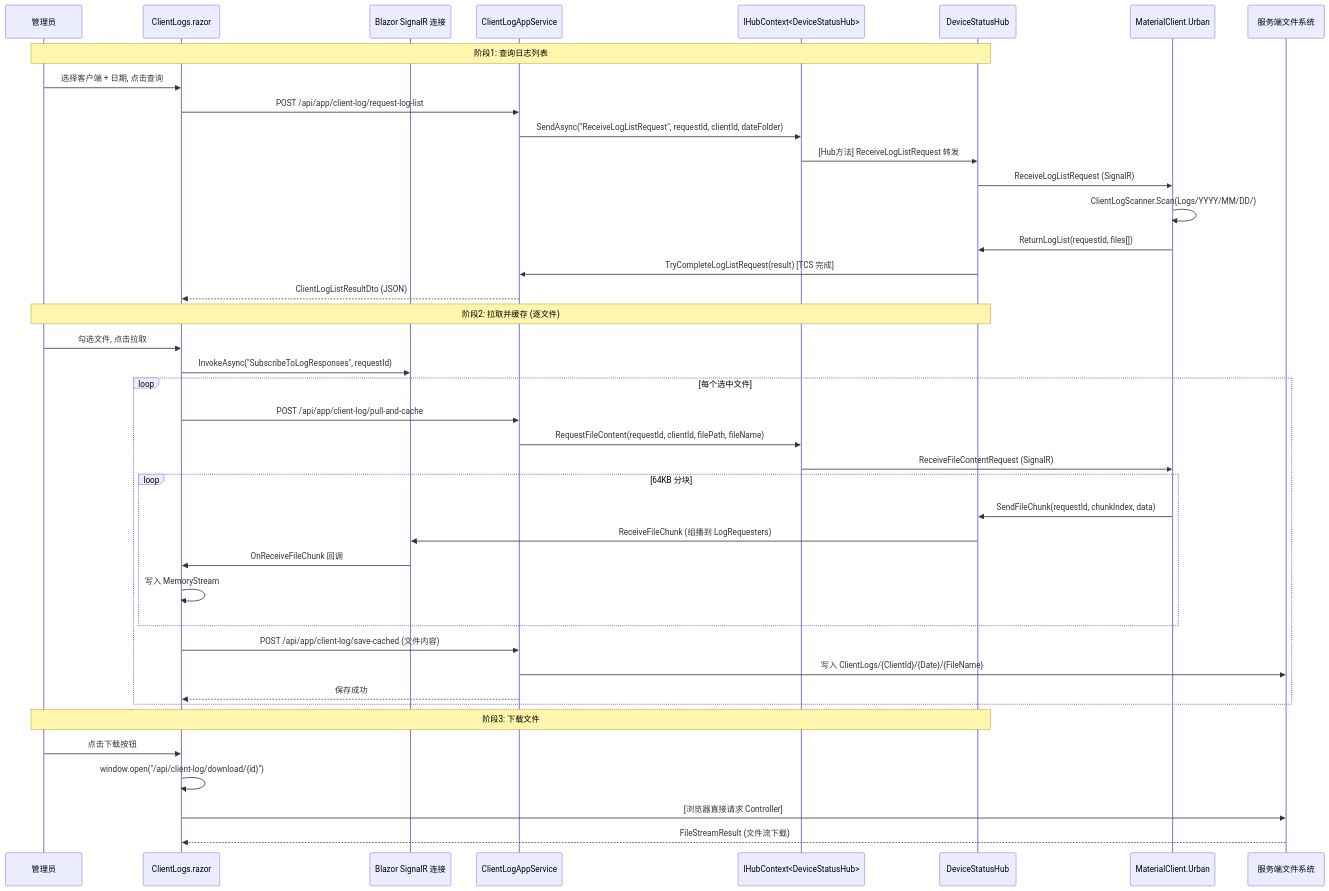
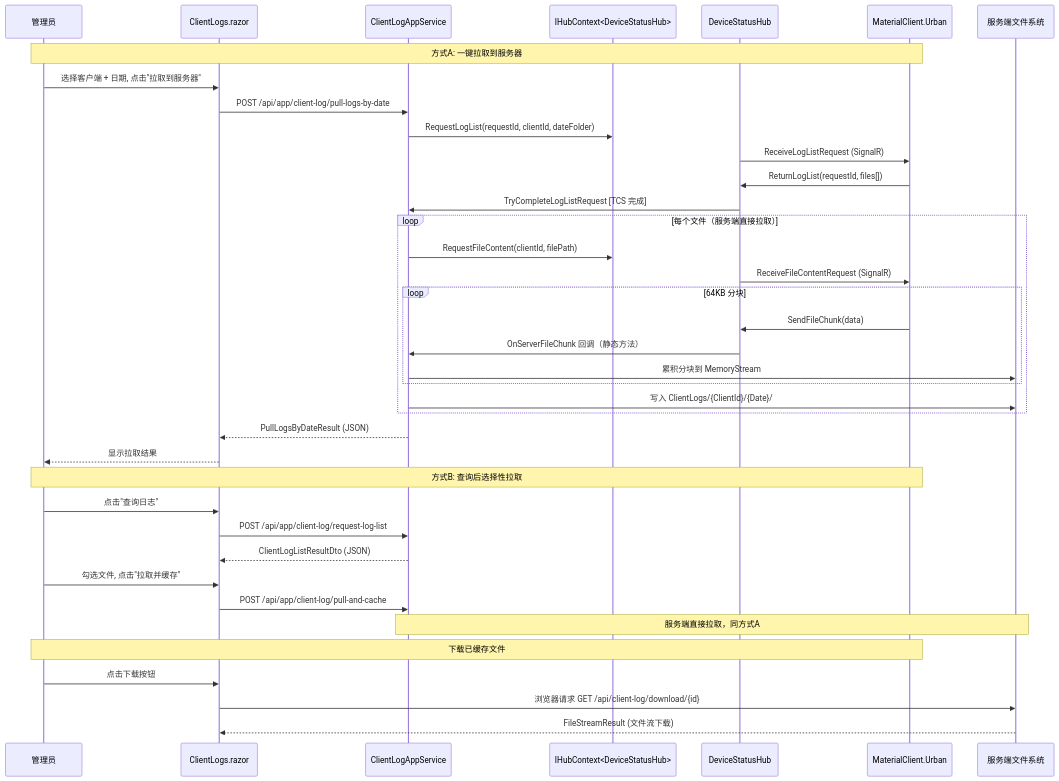
One commit to feewillowherb/MaterialMonospec changed the first of 2 diagrams in openspec/changes/urbanmanagement-log-view-enhancement/design.md. Above: the diagram before and after it, drawn with Mermaid. The commit also changed other lines of this file and 4 other files, not shown here.

First line of the commit message:
docs(openspec): document server-side pull architecture refactor

````diff
--- a/openspec/changes/urbanmanagement-log-view-enhancement/design.md
+++ b/openspec/changes/urbanmanagement-log-view-enhancement/design.md
@@ -161,49 +159,46 @@
 ```mermaid
 sequenceDiagram
     participant Admin as 管理员
     participant Razor as ClientLogs.razor
-    participant HubConn as Blazor SignalR 连接
     participant API as ClientLogAppService
     participant HubCtx as IHubContext<DeviceStatusHub>
     participant Hub as DeviceStatusHub
     participant Client as MaterialClient.Urban
     participant FS as 服务端文件系统
 
-    Note over Admin,Hub: 阶段1: 查询日志列表
+    Note over Admin,Client: 方式A: 一键拉取到服务器
 
-    Admin->>Razor: 选择客户端 + 日期, 点击查询
+    Admin->>Razor: 选择客户端 + 日期, 点击"拉取到服务器"
+    Razor->>API: POST /api/app/client-log/pull-logs-by-date
+    API->>HubCtx: RequestLogList(requestId, clientId, dateFolder)
+    Hub->>Client: ReceiveLogListRequest (SignalR)
+    Client->>Hub: ReturnLogList(requestId, files[])
+    Hub->>API: TryCompleteLogListRequest [TCS 完成]
+    loop 每个文件（服务端直接拉取）
+        API->>HubCtx: RequestFileContent(clientId, filePath)
+        Hub->>Client: ReceiveFileContentRequest (SignalR)
+        loop 64KB 分块
+            Client->>Hub: SendFileChunk(data)
+            Hub->>API: OnServerFileChunk 回调（静态方法）
+            API->>FS: 累积分块到 MemoryStream
+        end
+        API->>FS: 写入 ClientLogs/{ClientId}/{Date}/
+    end
+    API-->>Razor: PullLogsByDateResult (JSON)
+    Razor-->>Admin: 显示拉取结果
+
+    Note over Admin,Client: 方式B: 查询后选择性拉取
+
+    Admin->>Razor: 点击"查询日志"
     Razor->>API: POST /api/app/client-log/request-log-list
-    API->>HubCtx: SendAsync("ReceiveLogListRequest", requestId, clientId, dateFolder)
-    HubCtx->>Hub: [Hub方法] ReceiveLogListRequest 转发
-    Hub->>Client: ReceiveLogListRequest (SignalR)
-    Client->>Client: ClientLogScanner.Scan(Logs/YYYY/MM/DD/)
-    Client->>Hub: ReturnLogList(requestId, files[])
-    Hub->>API: TryCompleteLogListRequest(result) [TCS 完成]
     API-->>Razor: ClientLogListResultDto (JSON)
+    Admin->>Razor: 勾选文件, 点击"拉取并缓存"
+    Razor->>API: POST /api/app/client-log/pull-and-cache
+    Note over API,FS: 服务端直接拉取，同方式A
 
-    Note over Admin,Hub: 阶段2: 拉取并缓存 (逐文件)
-
-    Admin->>Razor: 勾选文件, 点击拉取
-    Razor->>HubConn: InvokeAsync("SubscribeToLogResponses", requestId)
-    loop 每个选中文件
-        Razor->>API: POST /api/app/client-log/pull-and-cache
-        API->>HubCtx: RequestFileContent(requestId, clientId, filePath, fileName)
-        HubCtx->>Client: ReceiveFileContentRequest (SignalR)
-        loop 64KB 分块
-            Client->>Hub: SendFileChunk(requestId, chunkIndex, data)
-            Hub->>HubConn: ReceiveFileChunk (组播到 LogRequesters)
-            HubConn->>Razor: OnReceiveFileChunk 回调
-            Razor->>Razor: 写入 MemoryStream
-        end
-        Razor->>API: POST /api/app/client-log/save-cached (文件内容)
-        API->>FS: 写入 ClientLogs/{ClientId}/{Date}/{FileName}
-        API-->>Razor: 保存成功
-    end
-
-    Note over Admin,Hub: 阶段3: 下载文件
+    Note over Admin,Client: 下载已缓存文件
 
     Admin->>Razor: 点击下载按钮
-    Razor->>Razor: window.open("/api/client-log/download/{id}")
-    Razor->>FS: [浏览器直接请求 Controller]
+    Razor->>FS: 浏览器请求 GET /api/client-log/download/{id}
     FS-->>Razor: FileStreamResult (文件流下载)
 ```
````
